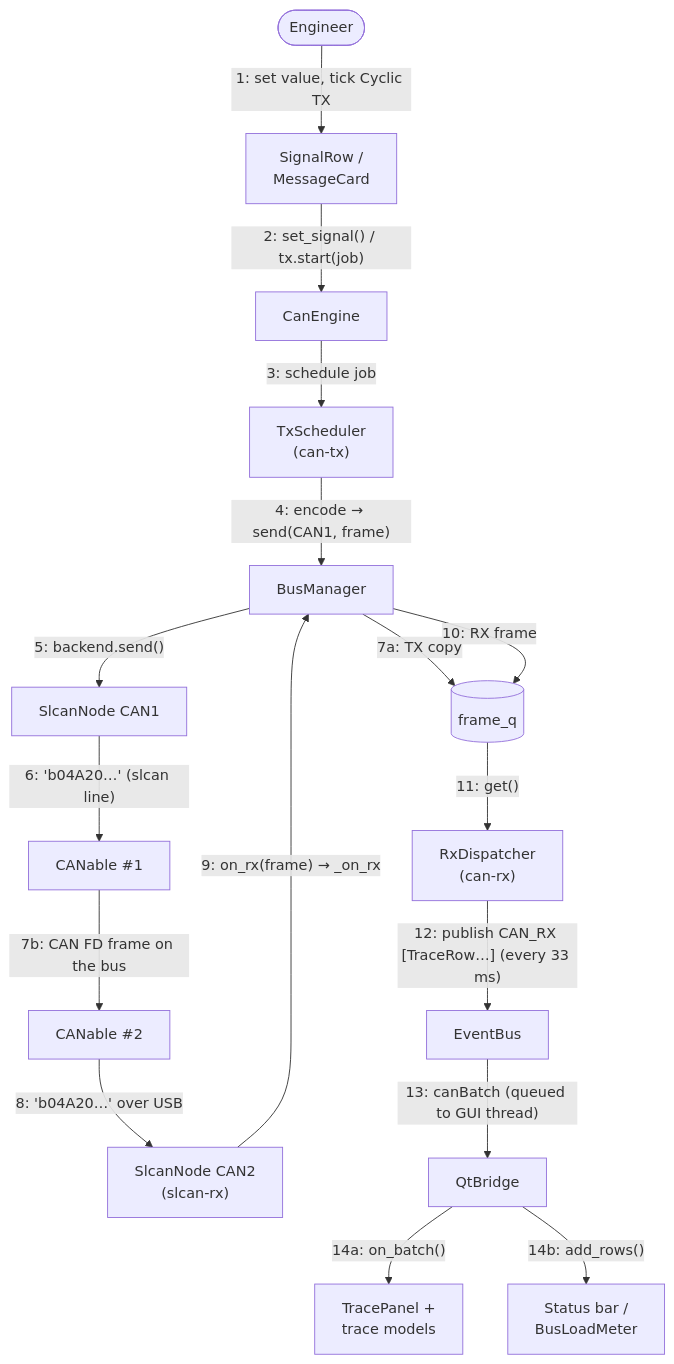
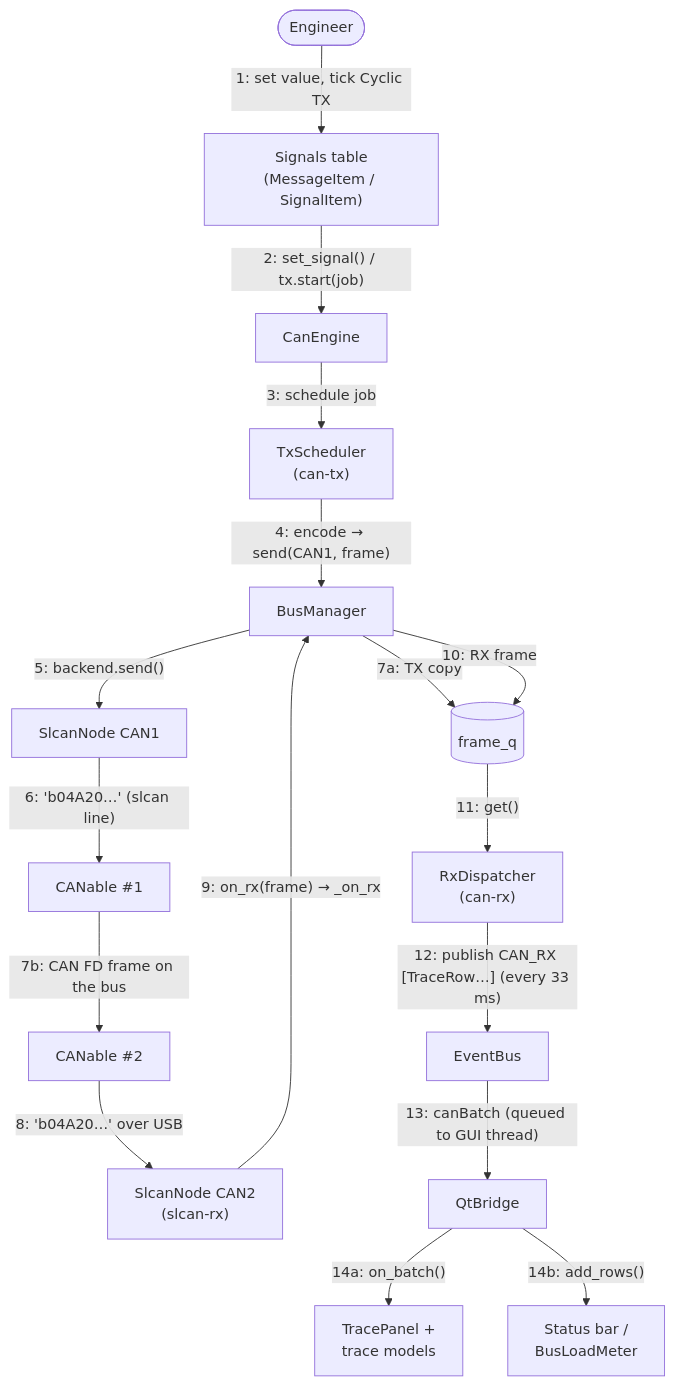
The fifth of 11 diagrams in docs/ARCHITECTURE.md (Thuongst97/CAN_SIMULATOR), drawn with Mermaid before and after one commit. The commit also changed other lines of this file and 10 other files, not shown here.

First line of the commit message:
Signals panel as a CANoe-style tree table; architecture documentation

````diff
--- a/docs/ARCHITECTURE.md
+++ b/docs/ARCHITECTURE.md
@@ -258,35 +258,35 @@
 ```mermaid
 flowchart TB
     U(["Engineer"])
-    SR["SignalRow /<br/>MessageCard"]
+    SR["Signals table<br/>(MessageItem / SignalItem)"]
     E["CanEngine"]
     T["TxScheduler<br/>(can-tx)"]
     B["BusManager"]
     N1["SlcanNode CAN1"]
     A1["CANable #1"]
     A2["CANable #2"]
     N2["SlcanNode CAN2<br/>(slcan-rx)"]
     Q[("frame_q")]
     R["RxDispatcher<br/>(can-rx)"]
     EB["EventBus"]
     QB["QtBridge"]
     TR["TracePanel +<br/>trace models"]
     SB["Status bar /<br/>BusLoadMeter"]
 
     U -- "1: set value, tick Cyclic TX" --> SR
     SR -- "2: set_signal() / tx.start(job)" --> E
     E -- "3: schedule job" --> T
     T -- "4: encode → send(CAN1, frame)" --> B
     B -- "5: backend.send()" --> N1
     N1 -- "6: 'b04A20…' (slcan line)" --> A1
     B -- "7a: TX copy" --> Q
     A1 -- "7b: CAN FD frame on the bus" --> A2
     A2 -- "8: 'b04A20…' over USB" --> N2
     N2 -- "9: on_rx(frame) → _on_rx" --> B
     B -- "10: RX frame" --> Q
     Q -- "11: get()" --> R
     R -- "12: publish CAN_RX [TraceRow…] (every 33 ms)" --> EB
     EB -- "13: canBatch (queued to GUI thread)" --> QB
     QB -- "14a: on_batch()" --> TR
     QB -- "14b: add_rows()" --> SB
 ```
````
